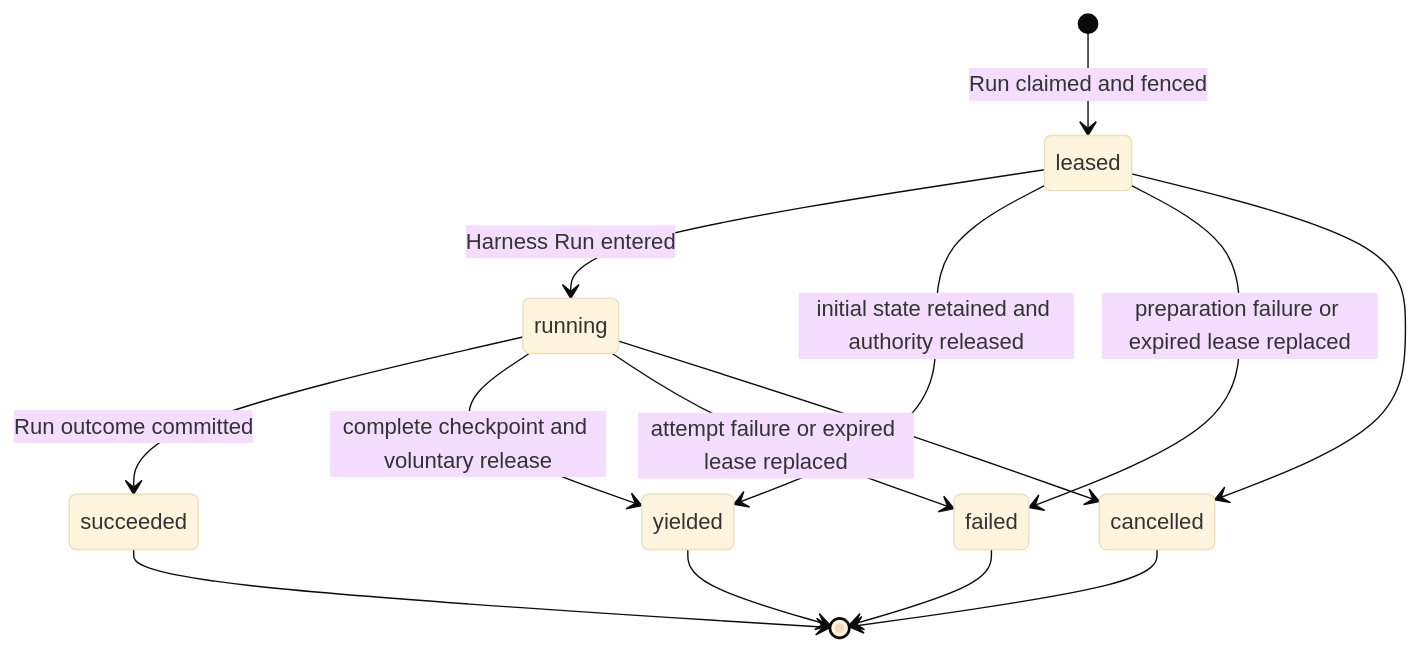
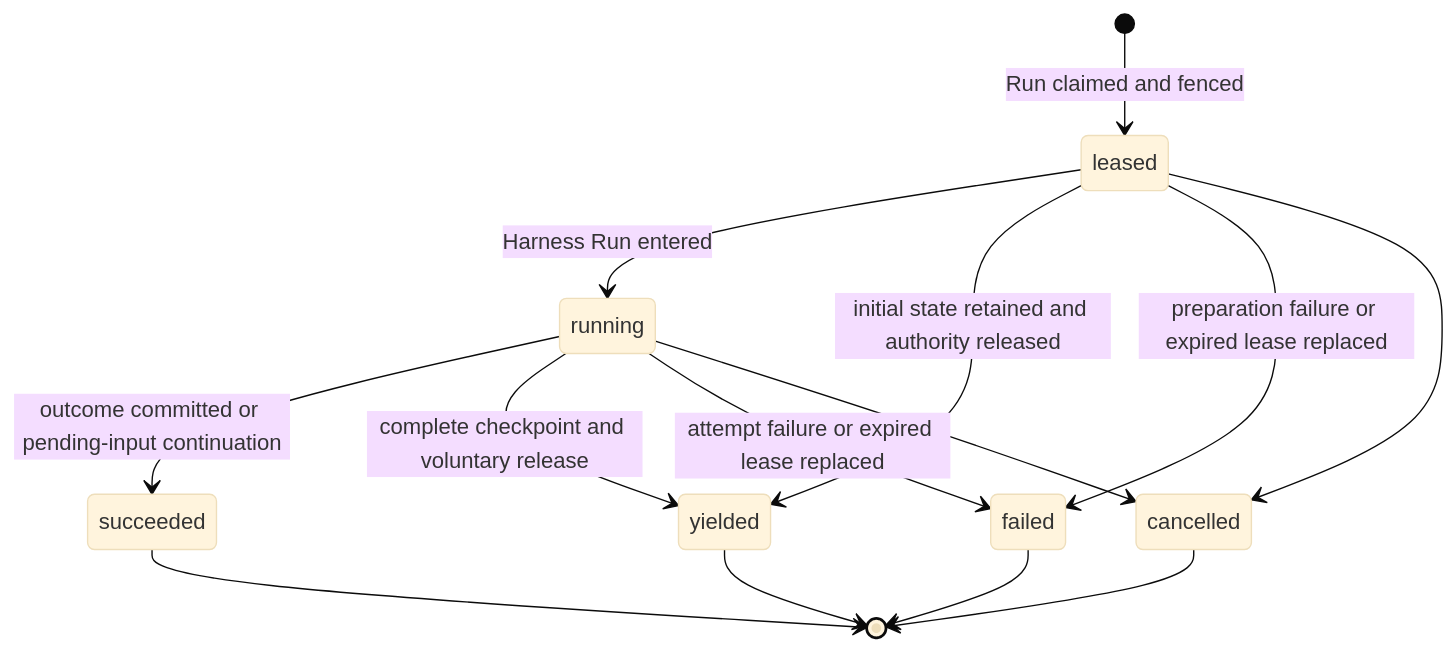
One commit to converge-ai-labs/agent-foundation changed the first of 4 diagrams in spec/a13n-service/13-run-attempt-scheduling-and-recovery.md. Above: the diagram before and after it, drawn with Mermaid (base theme). The commit also changed other lines of this file and 80 other files, not shown here.

Commit message:
fix(service)!: simplify Run authority and preserve late input

````diff
--- a/spec/a13n-service/13-run-attempt-scheduling-and-recovery.md
+++ b/spec/a13n-service/13-run-attempt-scheduling-and-recovery.md
@@ -115,16 +114,16 @@
 ```mermaid
 stateDiagram-v2
     [*] --> leased: Run claimed and fenced
     leased --> running: Harness Run entered
     leased --> yielded: initial state retained and authority released
     leased --> failed: preparation failure or expired lease replaced
     leased --> cancelled
-    running --> succeeded: Run outcome committed
+    running --> succeeded: outcome committed or pending-input continuation
     running --> yielded: complete checkpoint and voluntary release
     running --> failed: attempt failure or expired lease replaced
     running --> cancelled
     succeeded --> [*]
     yielded --> [*]
     failed --> [*]
     cancelled --> [*]
 ```
````
